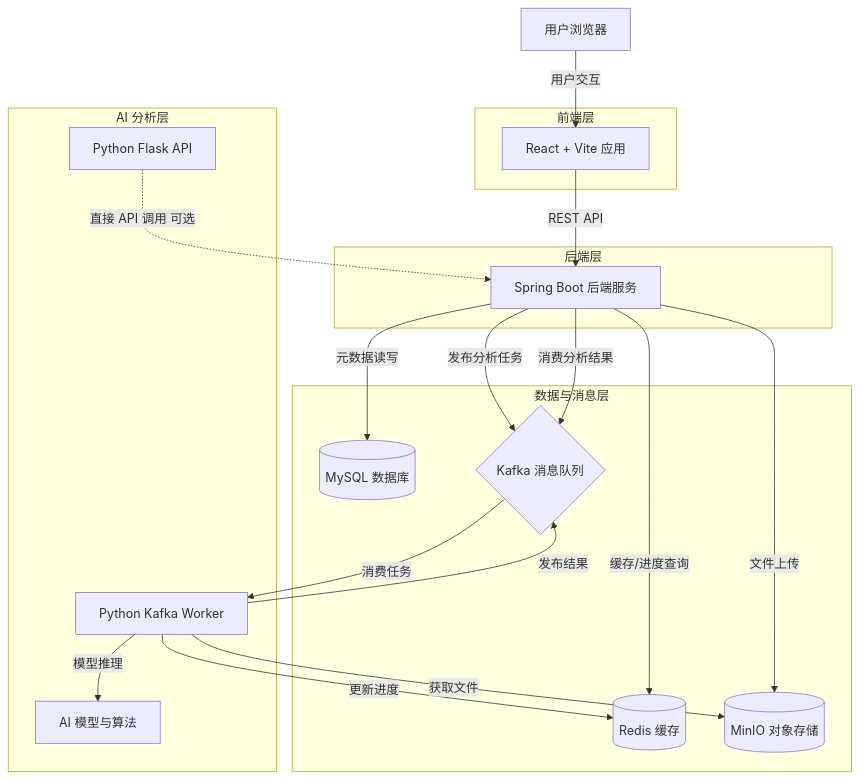
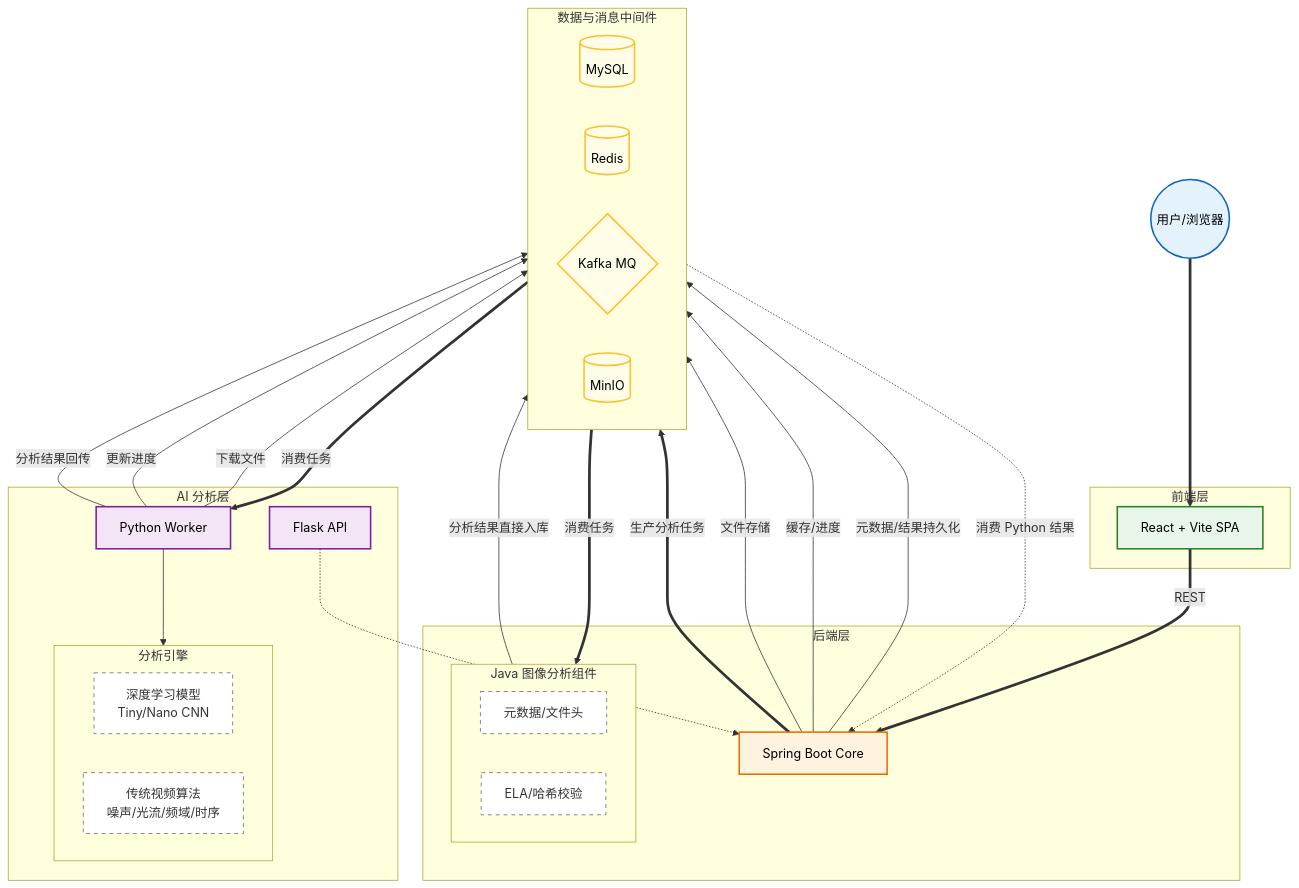
The diagram in README.md (LiWinston/DeepFake_Forensic), drawn with Mermaid before and after one commit.

Commit message:
Update README.md
Update README.md

Update README.md

Update README.md

````diff
--- a/README.md
+++ b/README.md
@@ -35,42 +35,72 @@
 ```mermaid
 graph TD
-    User[用户浏览器]
-    
+    %% 样式配置
+    classDef actor fill:#e3f2fd,stroke:#1565c0,stroke-width:2px,color:#000
+    classDef frontend fill:#e8f5e9,stroke:#2e7d32,stroke-width:2px,color:#000
+    classDef backend fill:#fff3e0,stroke:#ef6c00,stroke-width:2px,color:#000
+    classDef ai fill:#f3e5f5,stroke:#7b1fa2,stroke-width:2px,color:#000
+    classDef data fill:#fffde7,stroke:#fbc02d,stroke-width:2px,color:#000
+    classDef subcomponent fill:#ffffff,stroke:#666,stroke-dasharray: 5 5,color:#333
+
+    User((用户/浏览器)):::actor
+
     subgraph Frontend_Layer [前端层]
-        ReactApp[React + Vite 应用]
-    end
-    
-    subgraph Backend_Layer [后端层]
-        SpringBoot[Spring Boot 后端服务]
-    end
-    
-    subgraph Data_Layer [数据与消息层]
-        MySQL[(MySQL 数据库)]
-        Redis[(Redis 缓存)]
-        Kafka{Kafka 消息队列}
-        MinIO[(MinIO 对象存储)]
-    end
-    
-    subgraph AI_Layer [AI 分析层]
-        PyWorker[Python Kafka Worker]
-        PyAPI[Python Flask API]
-        Models[AI 模型与算法]
+        ReactApp[React + Vite SPA]:::frontend
     end
 
-    User -->|用户交互| ReactApp
-    ReactApp -->|REST API| SpringBoot
+    subgraph Backend_Layer [后端层]
+        SpringBoot[Spring Boot Core]:::backend
+        
+        subgraph Java_Analysis [Java 图像分析组件]
+            direction LR
+            J_Meta[元数据/文件头]:::subcomponent
+            J_ELA[ELA/哈希校验]:::subcomponent
+        end
+    end
+
+    subgraph Data_Layer [数据与消息中间件]
+        direction LR
+        MySQL[(MySQL)]:::data
+        Redis[(Redis)]:::data
+        Kafka{Kafka MQ}:::data
+        MinIO[(MinIO)]:::data
+    end
+
+    subgraph AI_Layer [AI 分析层]
+        PyWorker[Python Worker]:::ai
+        PyAPI[Flask API]:::ai
+        
+        subgraph Models [分析引擎]
+            direction LR
+            AI_DL[深度学习模型<br/>Tiny/Nano CNN]:::subcomponent
+            AI_Trad[传统视频算法<br/>噪声/光流/频域/时序]:::subcomponent
+        end
+    end
+
+    %% 交互流
+    User ==> ReactApp
+    ReactApp ==>|REST| SpringBoot
     
-    SpringBoot -->|元数据读写| MySQL
-    SpringBoot -->|缓存/进度查询| Redis
-    SpringBoot -->|文件上传| MinIO
-    SpringBoot -->|发布分析任务| Kafka
-    SpringBoot -->|消费分析结果| Kafka
+    %% 核心数据流
+    SpringBoot -->|元数据/结果持久化| MySQL
+    SpringBoot -->|缓存/进度| Redis
+    SpringBoot -->|文件存储| MinIO
+    SpringBoot ==>|生产分析任务| Kafka
     
-    Kafka -->|消费任务| PyWorker
-    PyWorker -->|发布结果| Kafka
+    %% Java 内部异步流 (修正: 明确消费与入库)
+    Kafka ==>|消费任务| Java_Analysis
+    Java_Analysis -->|分析结果直接入库| MySQL
+    
+    %% Python 异步流 (修正: 明确结果回传路径)
+    Kafka ==>|消费任务| PyWorker
+    PyWorker -->|下载文件| MinIO
+    PyWorker --> Models
     PyWorker -->|更新进度| Redis
-    PyWorker -->|获取文件| MinIO
-    PyWorker -->|模型推理| Models
+    PyWorker -->|分析结果回传| Kafka
     
-    PyAPI -.->|直接 API 调用 可选| SpringBoot
+    %% 结果回收
+    Kafka -.->|消费 Python 结果| SpringBoot
+    
+    %% 辅助连接
+    PyAPI -.-> SpringBoot
 ```
````
